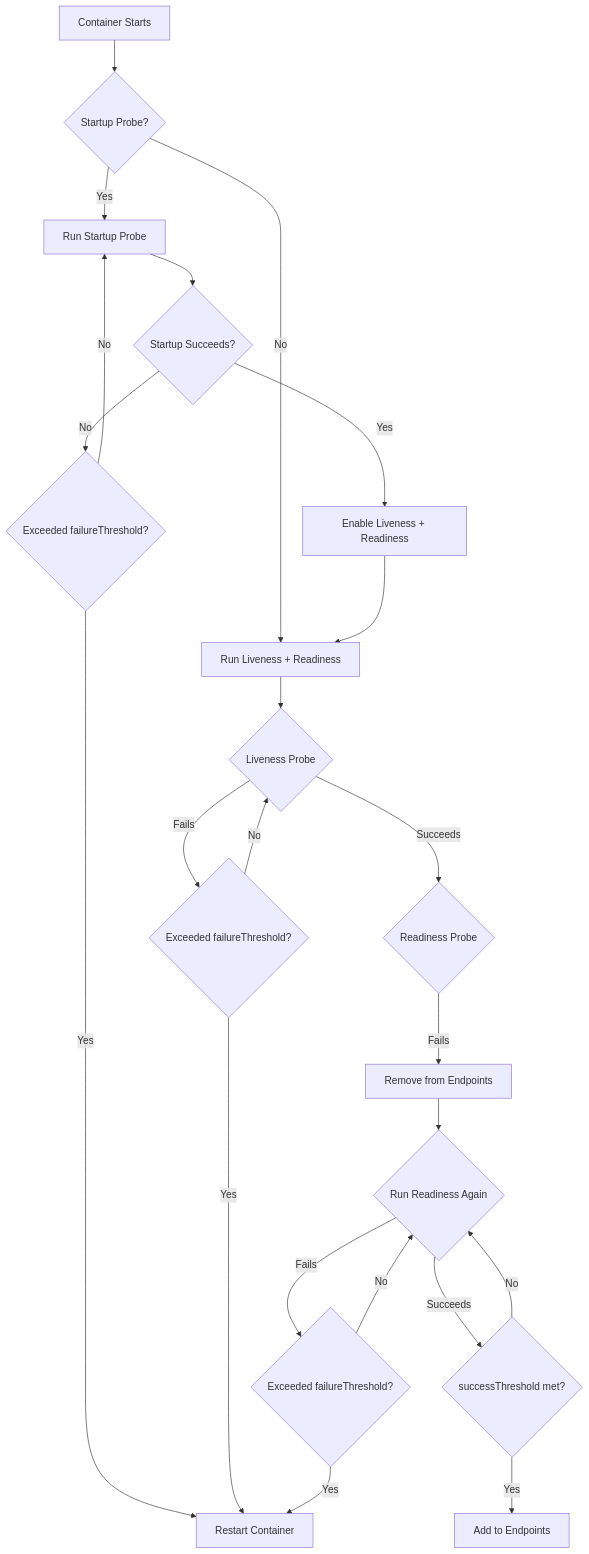
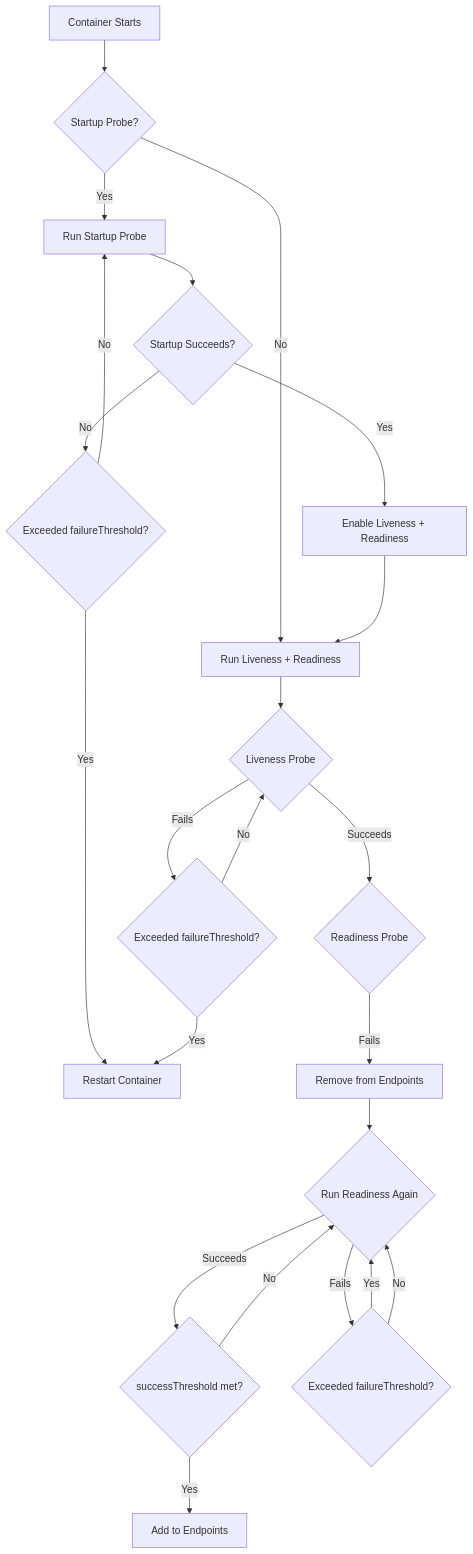
The diagram in 12-observability/2-mechanics/02-health-probes-recap.md (MattiaFanan/k8s-notes), drawn with Mermaid before and after one commit. The commit also changed other lines of this file and 66 other files, not shown here.

````diff
--- a/12-observability/2-mechanics/02-health-probes-recap.md
+++ b/12-observability/2-mechanics/02-health-probes-recap.md
@@ -150,25 +150,25 @@
 ```mermaid
 flowchart TD
     A[Container Starts] --> B{Startup Probe?}
     B -->|Yes| C[Run Startup Probe]
     B -->|No| D[Run Liveness + Readiness]
     C --> E{Startup Succeeds?}
     E -->|No| F{Exceeded failureThreshold?}
     F -->|Yes| G[Restart Container]
     F -->|No| C
     E -->|Yes| H[Enable Liveness + Readiness]
     H --> D
     D --> I{Liveness Probe}
     I -->|Fails| J{Exceeded failureThreshold?}
     J -->|Yes| G
     J -->|No| I
     I -->|Succeeds| K{Readiness Probe}
     K -->|Fails| L[Remove from Endpoints]
     L --> M{Run Readiness Again}
     M -->|Succeeds| N{successThreshold met?}
     N -->|Yes| O[Add to Endpoints]
     N -->|No| M
     M -->|Fails| P{Exceeded failureThreshold?}
-    P -->|Yes| G
+    P -->|Yes| M
     P -->|No| M
 ```
````
